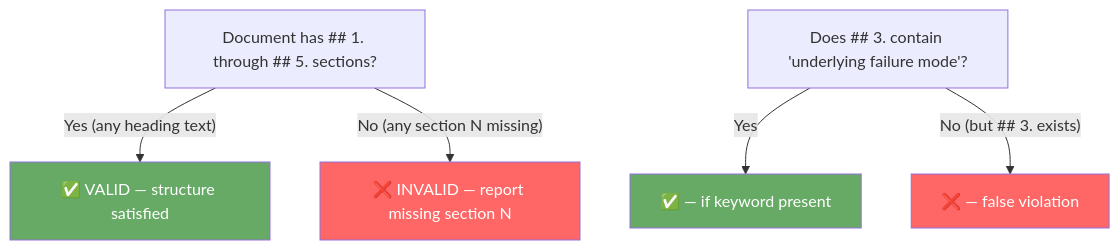
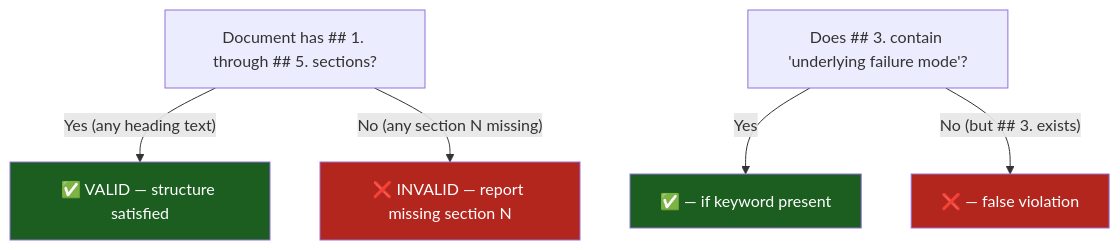
One commit to dan-petty/vibes changed the diagram in patterns/structural-position-oracles.md. Above: the diagram before and after it, drawn with Mermaid. The commit also changed 21 other files, not shown here.

````diff
--- a/patterns/structural-position-oracles.md
+++ b/patterns/structural-position-oracles.md
@@ -29,15 +29,15 @@
 ```mermaid
 flowchart TD
     A["Document has ## 1. through ## 5. sections?"]
     A -->|"Yes (any heading text)"| Pass["✅ VALID — structure satisfied"]
     A -->|"No (any section N missing)"| Fail["❌ INVALID — report missing section N"]
 
     B["Does ## 3. contain 'underlying failure mode'?"]
     B -->|"Yes"| PassSemantic["✅ — if keyword present"]
     B -->|"No (but ## 3. exists)"| FailSemantic["❌ — false violation"]
 
-    style Pass fill:#6a6,color:#fff
-    style Fail fill:#f66,color:#fff
-    style PassSemantic fill:#6a6,color:#fff
-    style FailSemantic fill:#f66,color:#fff
+    style Pass fill:#1b5e20,color:#fff
+    style Fail fill:#b3261e,color:#fff
+    style PassSemantic fill:#1b5e20,color:#fff
+    style FailSemantic fill:#b3261e,color:#fff
 ```
````
